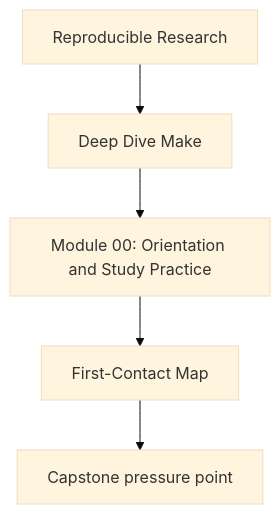
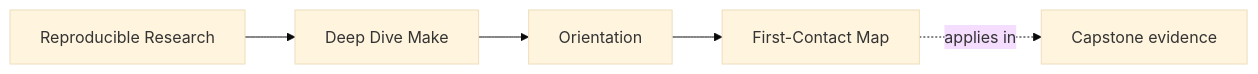
Before and after one commit to bijux/bijux-masterclass: the first of 2 diagrams in programs/reproducible-research/deep-dive-make/course-book/module-00-orientation/first-contact-map.md, drawn with Mermaid (base theme). The commit also changed other lines of this file and 146 other files, not shown here.

Commit message:
docs(deep-dive-make): map build truth and release review surfaces

````diff
--- a/programs/reproducible-research/deep-dive-make/course-book/module-00-orientation/first-contact-map.md
+++ b/programs/reproducible-research/deep-dive-make/course-book/module-00-orientation/first-contact-map.md
@@ -6,7 +6,11 @@
 ```mermaid
-flowchart TD
-  family["Reproducible Research"] --> program["Deep Dive Make"]
-  program --> module["Module 00: Orientation and Study Practice"]
-  module --> concept["First-Contact Map"]
-  concept --> capstone["Capstone pressure point"]
+graph LR
+  family["Reproducible Research"]
+  program["Deep Dive Make"]
+  section["Orientation"]
+  page["First-Contact Map"]
+  capstone["Capstone evidence"]
+
+  family --> program --> section --> page
+  page -.applies in.-> capstone
 ```
````
